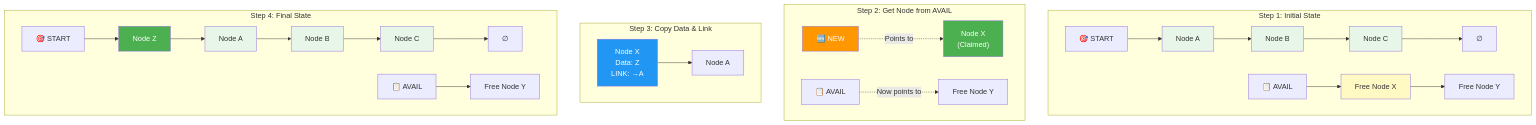
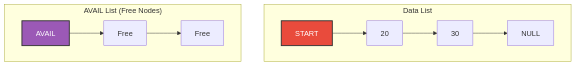
Before and after one commit to M-F-Tushar/CSE-2101-Data-Structure: diagram 15 of 54 in Chapter 5 - Linked Lists/README.md, drawn with Mermaid. The commit also changed other lines of this file, not shown here.

````diff
--- a/Chapter 5 - Linked Lists/README.md
+++ b/Chapter 5 - Linked Lists/README.md
@@ -946,48 +1261,16 @@
 ```mermaid
-graph TB
-    subgraph "Step 1: Initial State"
-        S1_START["🎯 START"] --> S1_A["Node A"]
-        S1_A --> S1_B["Node B"]
-        S1_B --> S1_C["Node C"]
-        S1_C --> S1_NULL["∅"]
-        
-        S1_AVAIL["📋 AVAIL"] --> S1_X["Free Node X"]
-        S1_X --> S1_Y["Free Node Y"]
-        
-        style S1_A fill:#e8f5e9
-        style S1_B fill:#e8f5e9
-        style S1_C fill:#e8f5e9
-        style S1_X fill:#fff9c4
+graph TD
+    subgraph "Data List"
+        START["START"] --> N1["20"]
+        N1 --> N2["30"]
+        N2 --> NULL1["NULL"]
     end
     
-    subgraph "Step 2: Get Node from AVAIL"
-        S2_NEW["🆕 NEW"] -.->|"Points to"| S2_X["Node X<br/>(Claimed)"]
-        S2_AVAIL["📋 AVAIL"] -.->|"Now points to"| S2_Y["Free Node Y"]
-        
-        style S2_X fill:#4caf50,color:#fff
-        style S2_NEW fill:#ff9800,color:#fff
+    subgraph "AVAIL List (Free Nodes)"
+        AVAIL["AVAIL"] --> F1["Free"]
+        F1 --> F2["Free"]
     end
     
-    subgraph "Step 3: Copy Data & Link"
-        S3_X["Node X<br/>Data: Z<br/>LINK: →A"]
-        S3_A["Node A"]
-        S3_X --> S3_A
-        
-        style S3_X fill:#2196f3,color:#fff
-    end
-    
-    subgraph "Step 4: Final State"
-        S4_START["🎯 START"] --> S4_Z["Node Z"]
-        S4_Z --> S4_A["Node A"]
-        S4_A --> S4_B["Node B"]
-        S4_B --> S4_C["Node C"]
-        S4_C --> S4_NULL["∅"]
-        
-        S4_AVAIL["📋 AVAIL"] --> S4_Y["Free Node Y"]
-        
-        style S4_Z fill:#4caf50,color:#fff
-        style S4_A fill:#e8f5e9
-        style S4_B fill:#e8f5e9
-        style S4_C fill:#e8f5e9
-    end
+    style START fill:#E94B3C,stroke:#333,stroke-width:2px,color:#fff
+    style AVAIL fill:#9B59B6,stroke:#333,stroke-width:2px,color:#fff
 ```
````
